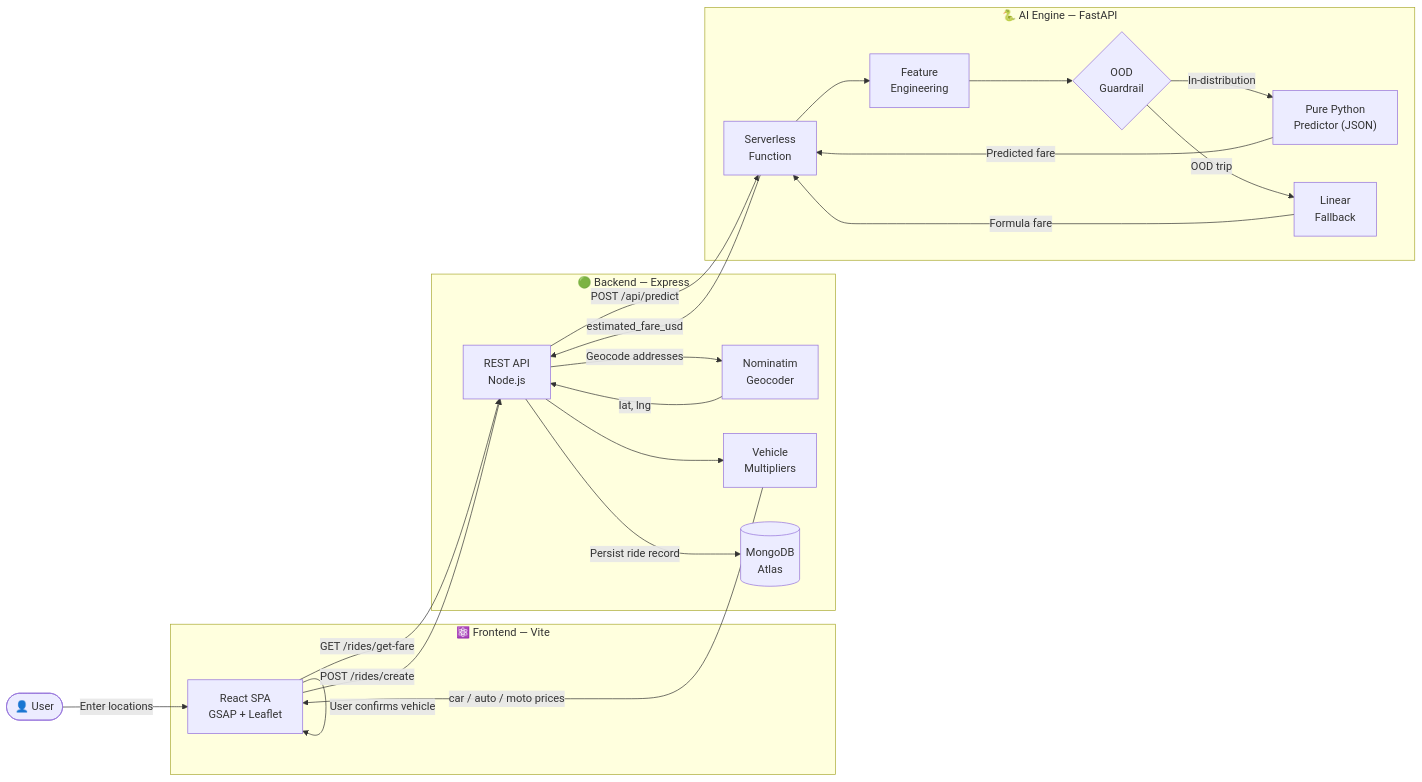
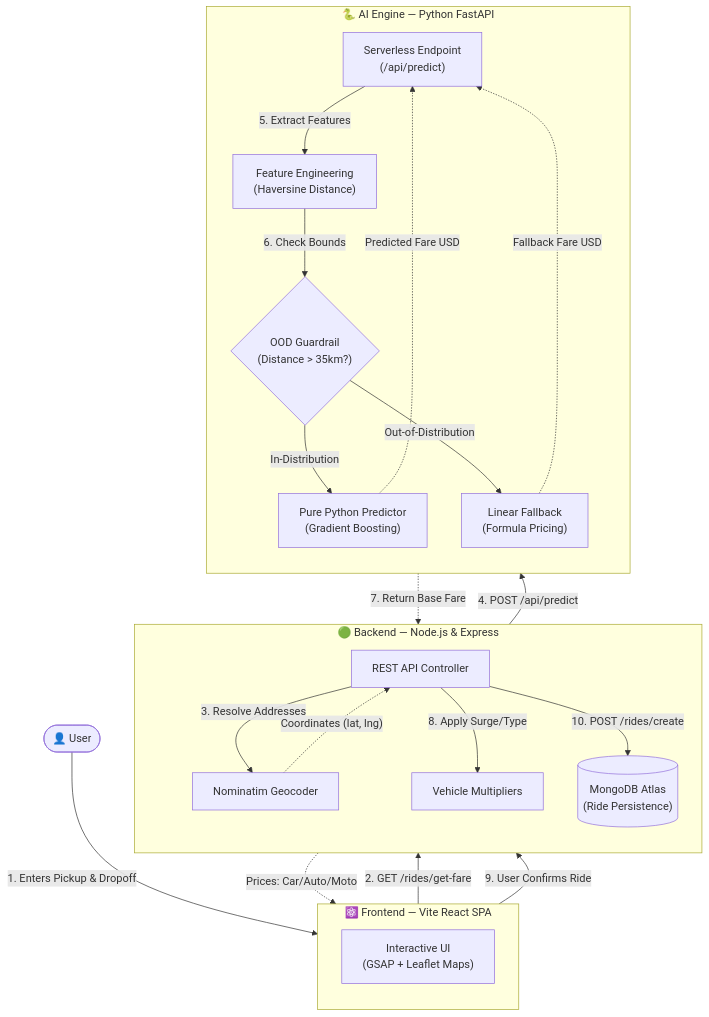
The diagram in README.md (HassanAhmed2Ha/uber-dynamic-pricing-platform), drawn with Mermaid before and after one commit.

Commit message:
docs: redesign mermaid architecture diagram for better spacing and readability

````diff
--- a/README.md
+++ b/README.md
@@ -75,41 +75,52 @@
 ```mermaid
-graph LR
+%%{init: {'theme': 'default', 'themeVariables': { 'fontSize': '16px', 'fontFamily': 'Inter, sans-serif' }}}%%
+graph TD
     User(["👤 User"])
 
-    subgraph FE ["⚛️ Frontend — Vite"]
-        UI["React SPA<br>GSAP + Leaflet"]
+    subgraph FE ["⚛️ Frontend — Vite React SPA"]
+        direction TB
+        UI["Interactive UI<br>(GSAP + Leaflet Maps)"]
     end
 
-    subgraph BE ["🟢 Backend — Express"]
-        API["REST API<br>Node.js"]
-        GEO["Nominatim<br>Geocoder"]
-        MULT["Vehicle<br>Multipliers"]
-        DB[("MongoDB<br>Atlas")]
+    subgraph BE ["🟢 Backend — Node.js & Express"]
+        direction TB
+        API["REST API Controller"]
+        GEO["Nominatim Geocoder"]
+        MULT["Vehicle Multipliers"]
+        DB[("MongoDB Atlas<br>(Ride Persistence)")]
     end
 
-    subgraph AI ["🐍 AI Engine — FastAPI"]
-        FN["Serverless<br>Function"]
-        ENG["Feature<br>Engineering"]
-        OOD{"OOD<br>Guardrail"}
-        MODEL["Pure Python<br>Predictor (JSON)"]
-        LINEAR["Linear<br>Fallback"]
+    subgraph AI ["🐍 AI Engine — Python FastAPI"]
+        direction TB
+        FN["Serverless Endpoint<br>(/api/predict)"]
+        ENG["Feature Engineering<br>(Haversine Distance)"]
+        OOD{"OOD Guardrail<br>(Distance > 35km?)"}
+        MODEL["Pure Python Predictor<br>(Gradient Boosting)"]
+        LINEAR["Linear Fallback<br>(Formula Pricing)"]
     end
 
-    User -->|"Enter locations"| UI
-    UI -->|"GET /rides/get-fare"| API
-    API -->|"Geocode addresses"| GEO
-    GEO -->|"lat, lng"| API
-    API -->|"POST /api/predict"| FN
-    FN --> ENG
-    ENG --> OOD
-    OOD -->|"In-distribution"| MODEL
-    OOD -->|"OOD trip"| LINEAR
-    MODEL -->|"Predicted fare"| FN
-    LINEAR -->|"Formula fare"| FN
-    FN -->|"estimated_fare_usd"| API
-    API --> MULT
-    MULT -->|"car / auto / moto prices"| UI
-    UI -->|"User confirms vehicle"| UI
-    UI -->|"POST /rides/create"| API
-    API -->|"Persist ride record"| DB
+    User -->|"1. Enters Pickup & Dropoff"| UI
+    UI -->|"2. GET /rides/get-fare"| API
+    
+    API -->|"3. Resolve Addresses"| GEO
+    GEO -.->|"Coordinates (lat, lng)"| API
+    
+    API -->|"4. POST /api/predict"| FN
+    
+    FN -->|"5. Extract Features"| ENG
+    ENG -->|"6. Check Bounds"| OOD
+    
+    OOD -->|"In-Distribution"| MODEL
+    OOD -->|"Out-of-Distribution"| LINEAR
+    
+    MODEL -.->|"Predicted Fare USD"| FN
+    LINEAR -.->|"Fallback Fare USD"| FN
+    
+    FN -.->|"7. Return Base Fare"| API
+    
+    API -->|"8. Apply Surge/Type"| MULT
+    MULT -.->|"Prices: Car/Auto/Moto"| UI
+    
+    UI -->|"9. User Confirms Ride"| API
+    API -->|"10. POST /rides/create"| DB
 ```
````
